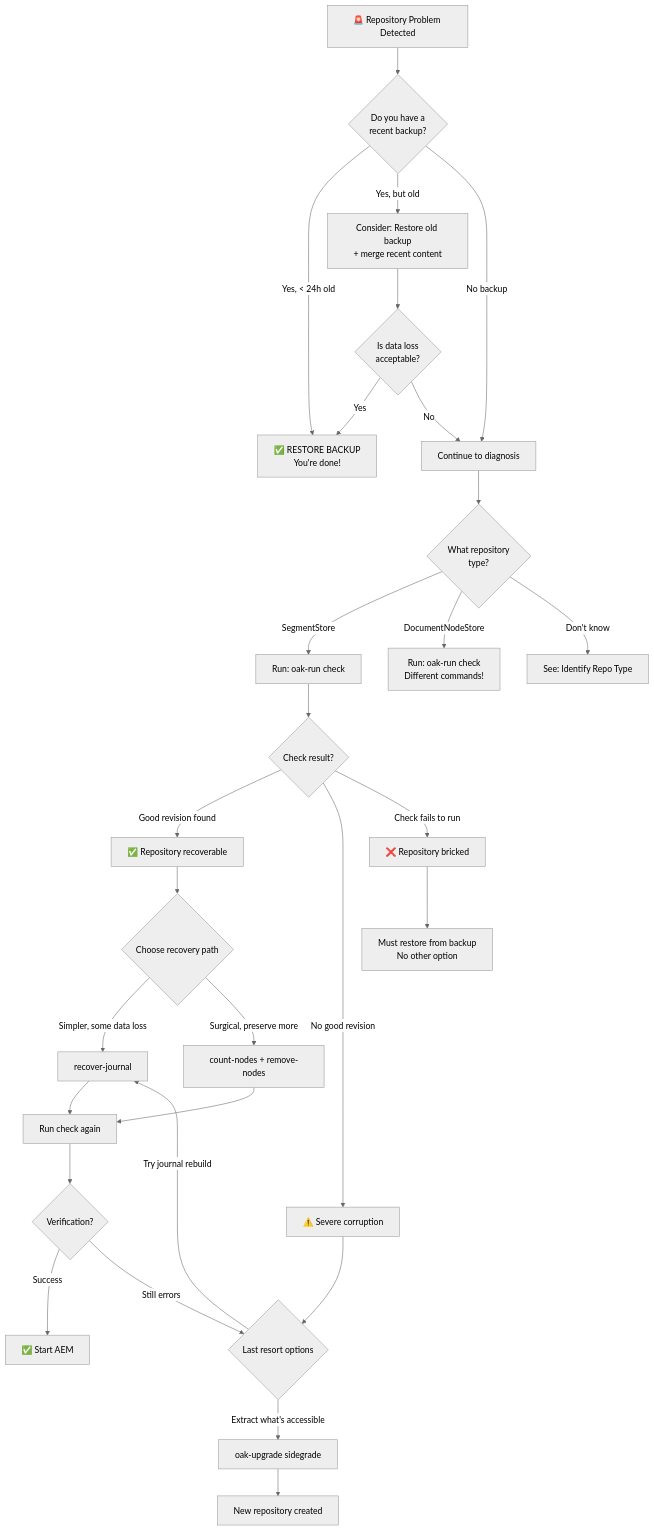
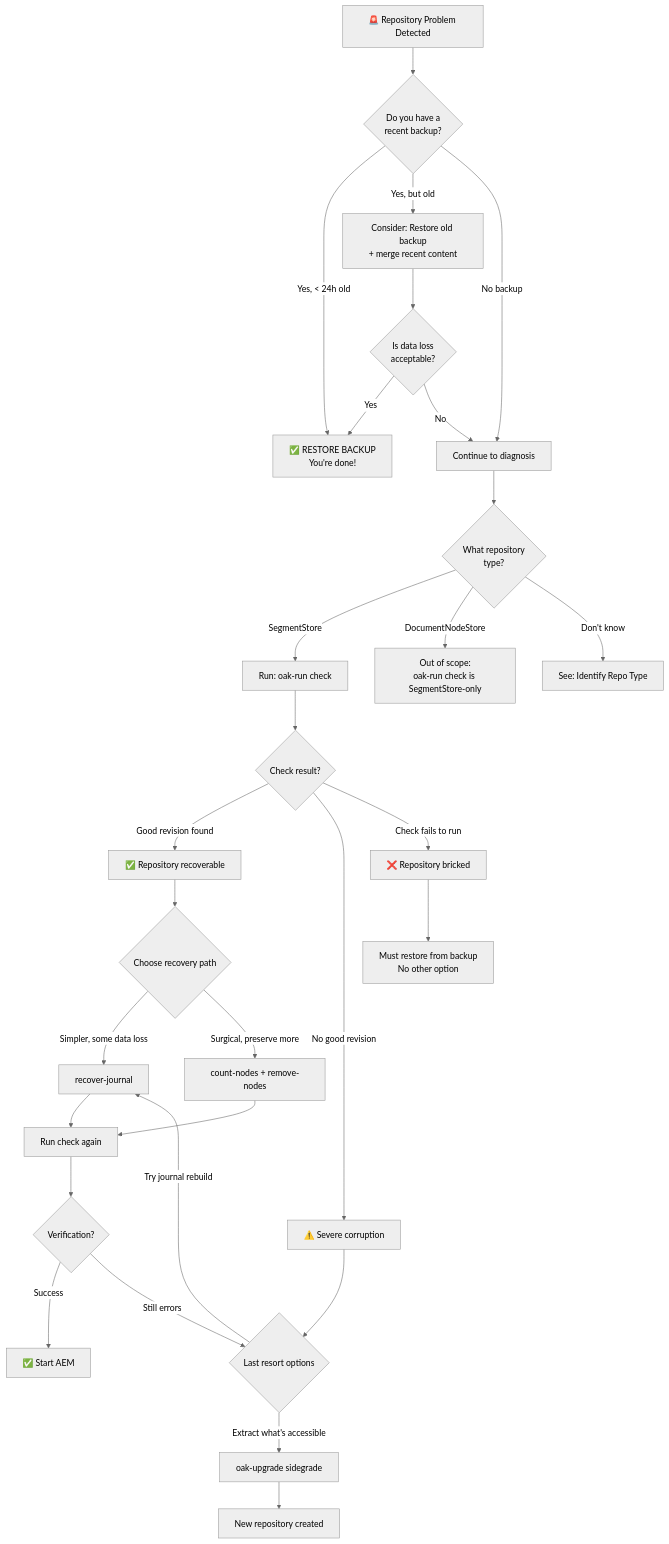
Before and after one commit to somarc/oak-magnum-oakus: the diagram in docs/crisis/decision-tree.md, drawn with Mermaid (neutral theme). The commit also changed other lines of this file and 32 other files, not shown here.

````diff
--- a/docs/crisis/decision-tree.md
+++ b/docs/crisis/decision-tree.md
@@ -5,44 +5,44 @@
 ```mermaid
 flowchart TD
     START[🚨 Repository Problem Detected] --> BACKUP{Do you have a<br/>recent backup?}
     
     BACKUP -->|Yes, < 24h old| RESTORE[✅ RESTORE BACKUP<br/>You're done!]
     BACKUP -->|Yes, but old| OLD_BACKUP[Consider: Restore old backup<br/>+ merge recent content]
     BACKUP -->|No backup| NO_BACKUP[Continue to diagnosis]
     
     OLD_BACKUP --> ACCEPTABLE{Is data loss<br/>acceptable?}
     ACCEPTABLE -->|Yes| RESTORE
     ACCEPTABLE -->|No| NO_BACKUP
     
     NO_BACKUP --> IDENTIFY{What repository<br/>type?}
     
     IDENTIFY -->|SegmentStore| CHECK_SEG[Run: oak-run check]
-    IDENTIFY -->|DocumentNodeStore| CHECK_DOC[Run: oak-run check<br/>Different commands!]
+    IDENTIFY -->|DocumentNodeStore| CHECK_DOC[Out of scope:<br/>oak-run check is SegmentStore-only]
     IDENTIFY -->|Don't know| IDENTIFY_HELP[See: Identify Repo Type]
     
     CHECK_SEG --> CHECK_RESULT{Check result?}
     
     CHECK_RESULT -->|Good revision found| GOOD_REV[✅ Repository recoverable]
     CHECK_RESULT -->|No good revision| NO_REV[⚠️ Severe corruption]
     CHECK_RESULT -->|Check fails to run| BRICKED[❌ Repository bricked]
     
     GOOD_REV --> RECOVERY_PATH{Choose recovery path}
     
     RECOVERY_PATH -->|Simpler, some data loss| RECOVER_JOURNAL[recover-journal]
     RECOVERY_PATH -->|Surgical, preserve more| SURGICAL[count-nodes + remove-nodes]
     
     NO_REV --> LAST_RESORT{Last resort options}
     
     LAST_RESORT -->|Try journal rebuild| RECOVER_JOURNAL
     LAST_RESORT -->|Extract what's accessible| SIDEGRADE[oak-upgrade sidegrade]
     
     BRICKED --> MUST_RESTORE[Must restore from backup<br/>No other option]
     
     RECOVER_JOURNAL --> VERIFY[Run check again]
     SURGICAL --> VERIFY
     SIDEGRADE --> NEW_REPO[New repository created]
     
     VERIFY --> VERIFY_RESULT{Verification?}
     VERIFY_RESULT -->|Success| DONE[✅ Start AEM]
     VERIFY_RESULT -->|Still errors| LAST_RESORT
 ```
````
